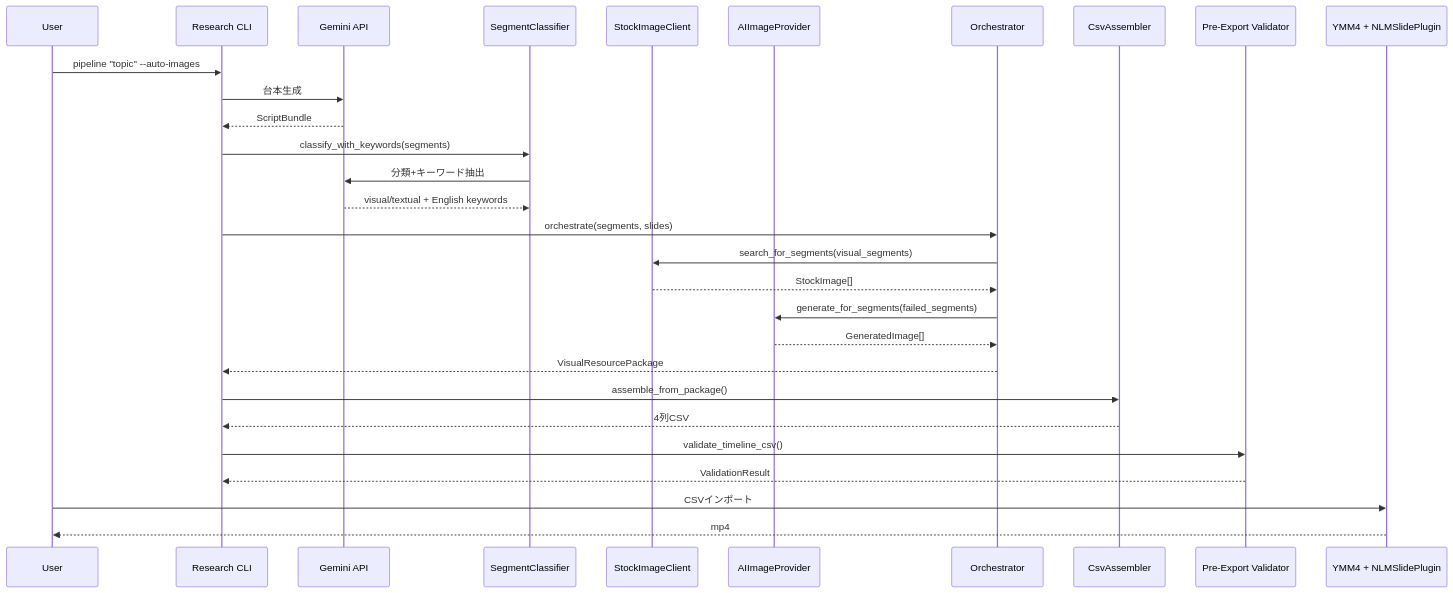
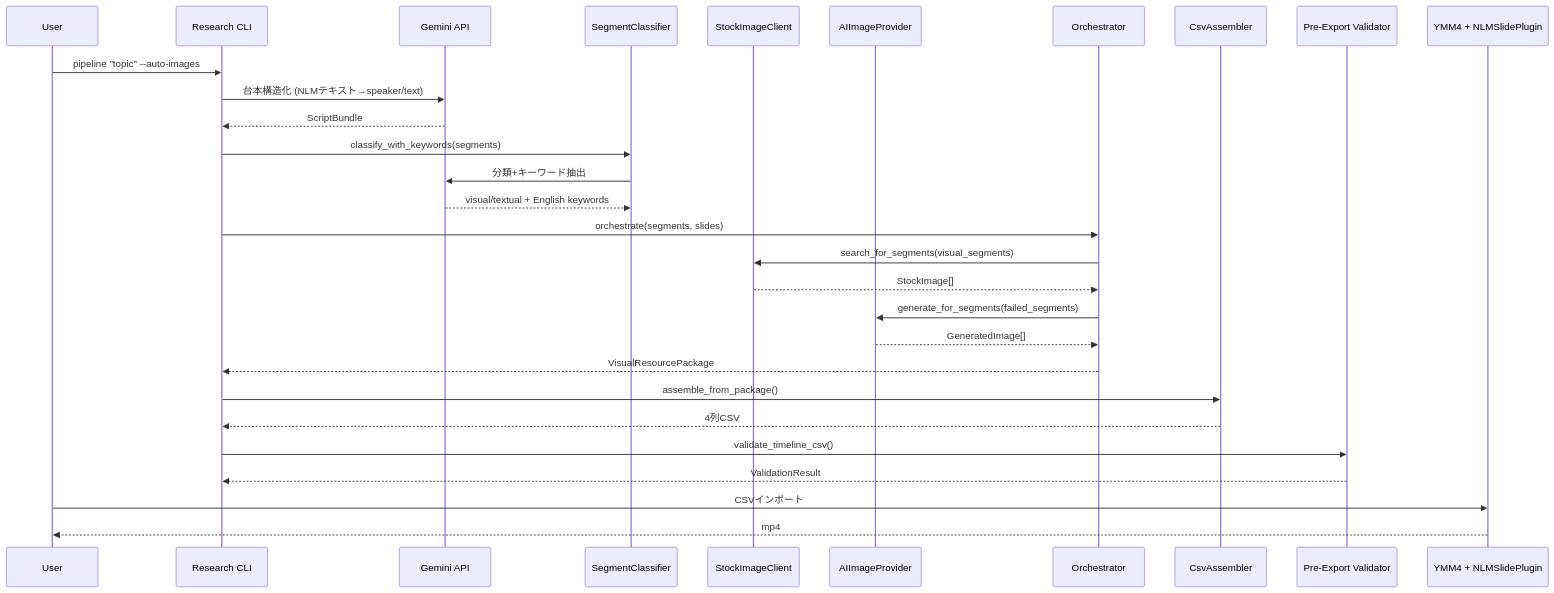
The third of 3 diagrams in docs/system_architecture.md (YuShimoji/NLMandSlideVideoGenerator), drawn with Mermaid before and after one commit. The commit also changed other lines of this file and 24 other files, not shown here.

````diff
--- a/docs/system_architecture.md
+++ b/docs/system_architecture.md
@@ -153,32 +172,32 @@
 ```mermaid
 sequenceDiagram
     participant User
     participant CLI as Research CLI
     participant Gemini as Gemini API
     participant Classifier as SegmentClassifier
     participant Stock as StockImageClient
     participant AI as AIImageProvider
     participant Orch as Orchestrator
     participant Asm as CsvAssembler
     participant Val as Pre-Export Validator
     participant YMM4 as YMM4 + NLMSlidePlugin
 
     User->>CLI: pipeline "topic" --auto-images
-    CLI->>Gemini: 台本生成
+    CLI->>Gemini: 台本構造化 (NLMテキスト→speaker/text)
     Gemini-->>CLI: ScriptBundle
     CLI->>Classifier: classify_with_keywords(segments)
     Classifier->>Gemini: 分類+キーワード抽出
     Gemini-->>Classifier: visual/textual + English keywords
     CLI->>Orch: orchestrate(segments, slides)
     Orch->>Stock: search_for_segments(visual_segments)
     Stock-->>Orch: StockImage[]
     Orch->>AI: generate_for_segments(failed_segments)
     AI-->>Orch: GeneratedImage[]
     Orch-->>CLI: VisualResourcePackage
     CLI->>Asm: assemble_from_package()
     Asm-->>CLI: 4列CSV
     CLI->>Val: validate_timeline_csv()
     Val-->>CLI: ValidationResult
     User->>YMM4: CSVインポート
     YMM4-->>User: mp4
 ```
````
